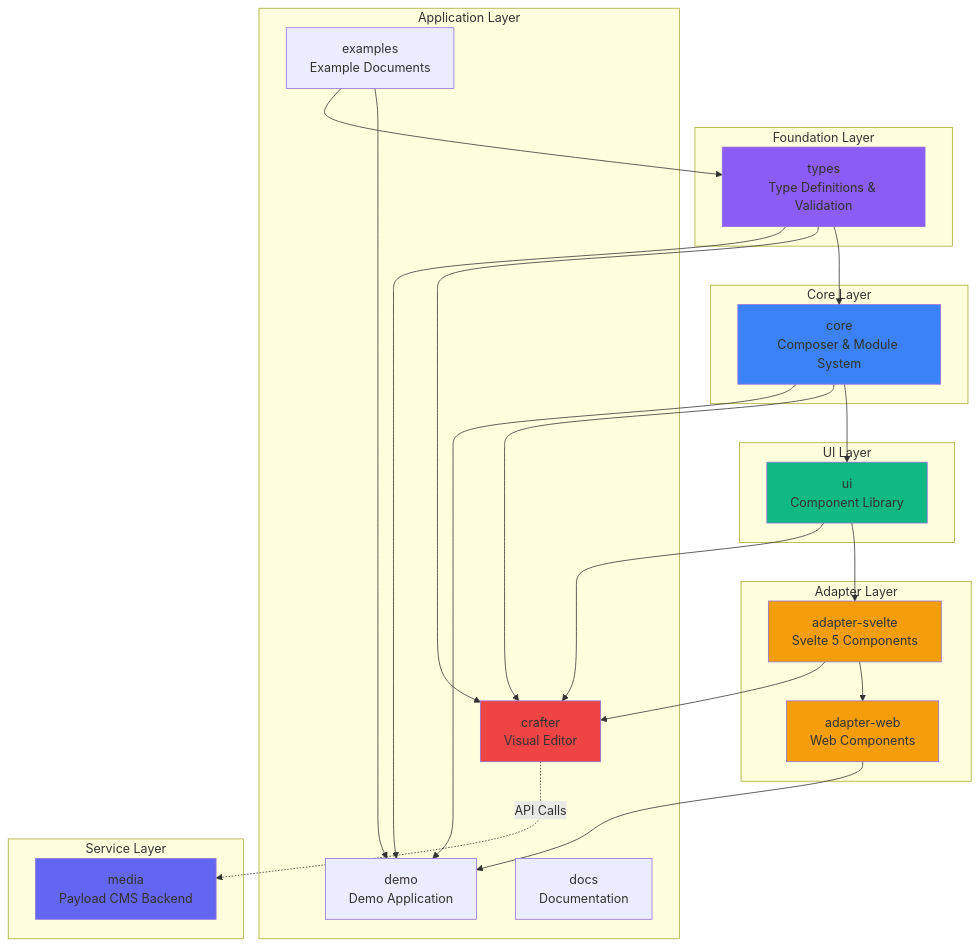
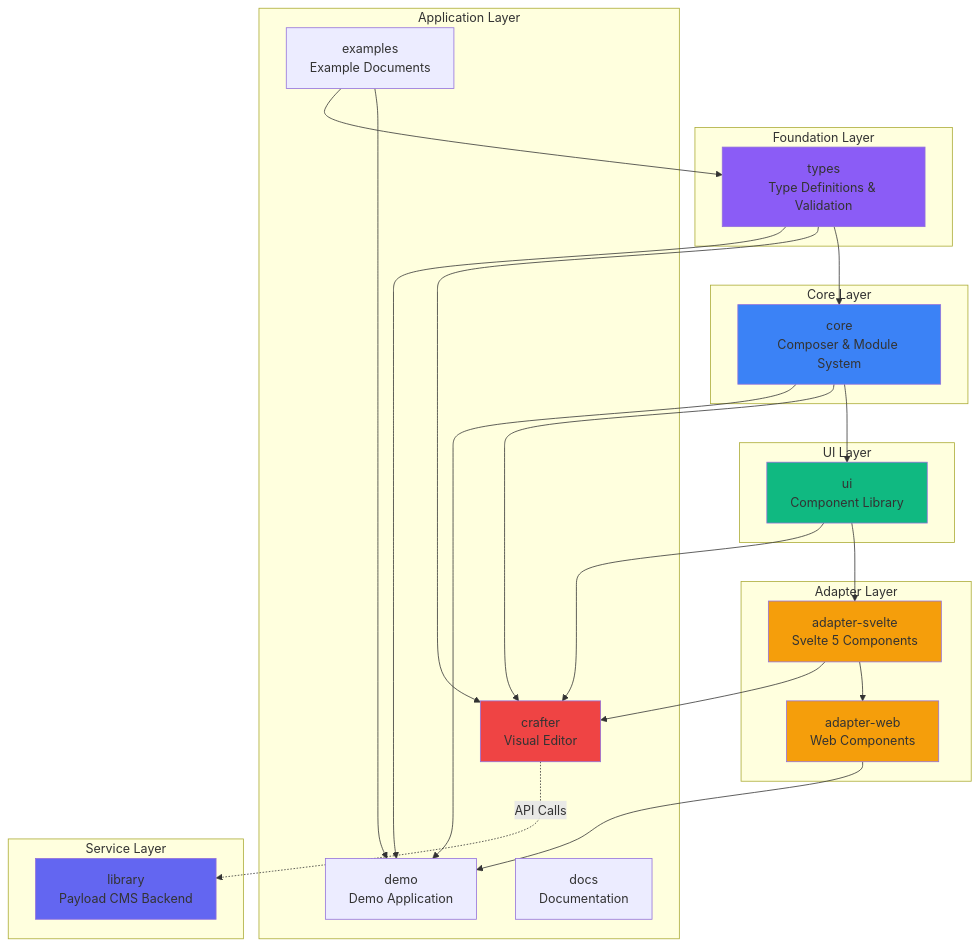
One commit to mainzcript/ujl changed the first of 9 diagrams in apps/docs/src/arc42/05-building-block-view.md. Above: the diagram before and after it, drawn with Mermaid. The commit also changed other lines of this file and 11 other files, not shown here.

Commit message:
refactor: rename media terminology to image across documentation and update related configurations

````diff
--- a/apps/docs/src/arc42/05-building-block-view.md
+++ b/apps/docs/src/arc42/05-building-block-view.md
@@ -22,56 +20,56 @@
 ```mermaid
 graph TB
     subgraph "Foundation Layer"
         Types[types<br/>Type Definitions & Validation]
     end
 
     subgraph "Core Layer"
         Core[core<br/>Composer & Module System]
     end
 
     subgraph "UI Layer"
         UI[ui<br/>Component Library]
     end
 
     subgraph "Adapter Layer"
         AdapterSvelte[adapter-svelte<br/>Svelte 5 Components]
         AdapterWeb[adapter-web<br/>Web Components]
     end
 
     subgraph "Application Layer"
         Crafter[crafter<br/>Visual Editor]
         Demo[demo<br/>Demo Application]
         Docs[docs<br/>Documentation]
         Examples[examples<br/>Example Documents]
     end
 
     subgraph "Service Layer"
-        MediaService[media<br/>Payload CMS Backend]
+        ImageService[library<br/>Payload CMS Backend]
     end
 
     Types --> Core
     Core --> UI
     UI --> AdapterSvelte
     AdapterSvelte --> AdapterWeb
 
     Core --> Crafter
     AdapterSvelte --> Crafter
     UI --> Crafter
     Types --> Crafter
-    Crafter -.->|API Calls| MediaService
+    Crafter -.->|API Calls| ImageService
 
     Core --> Demo
     AdapterWeb --> Demo
     Examples --> Demo
     Types --> Demo
 
     Examples --> Types
 
     style Types fill:#8b5cf6
     style Core fill:#3b82f6
     style UI fill:#10b981
     style AdapterSvelte fill:#f59e0b
     style AdapterWeb fill:#f59e0b
     style Crafter fill:#ef4444
-    style MediaService fill:#6366f1
+    style ImageService fill:#6366f1
 ```
````
